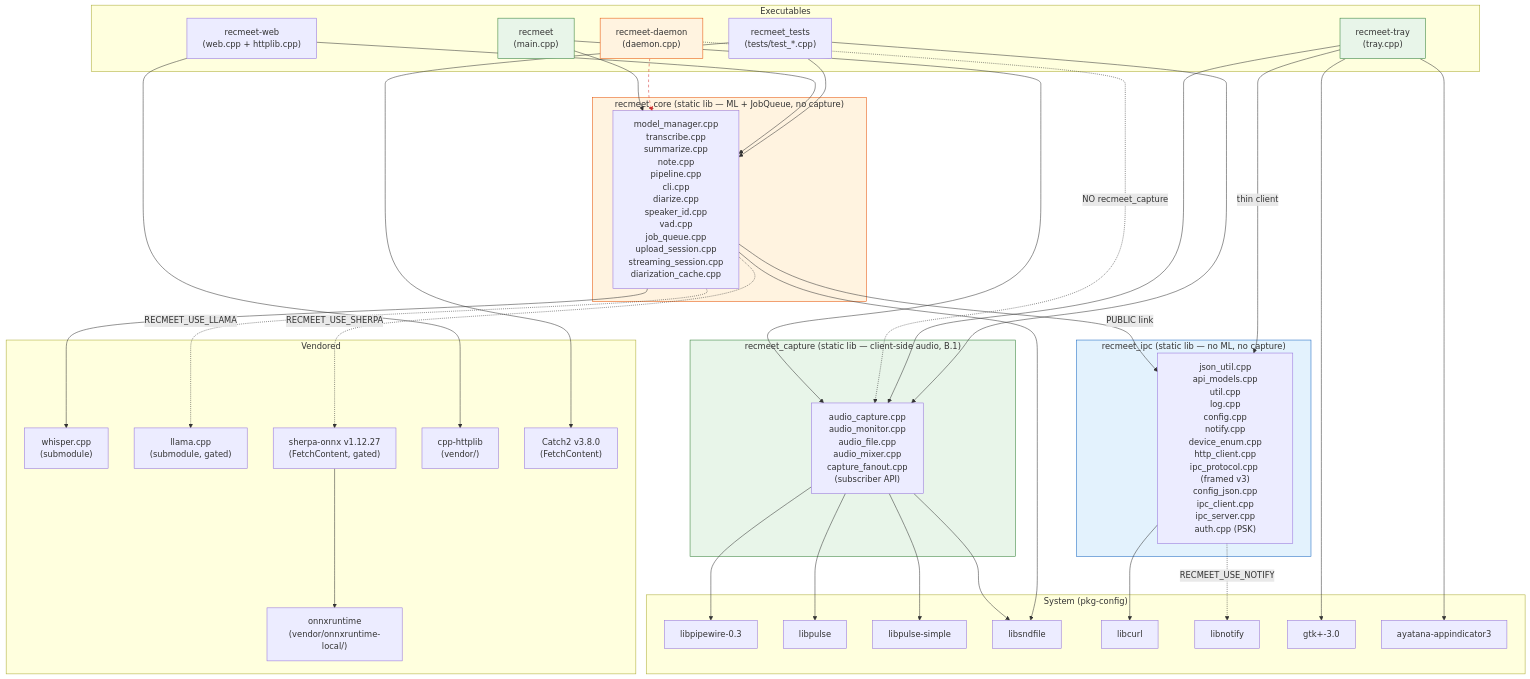
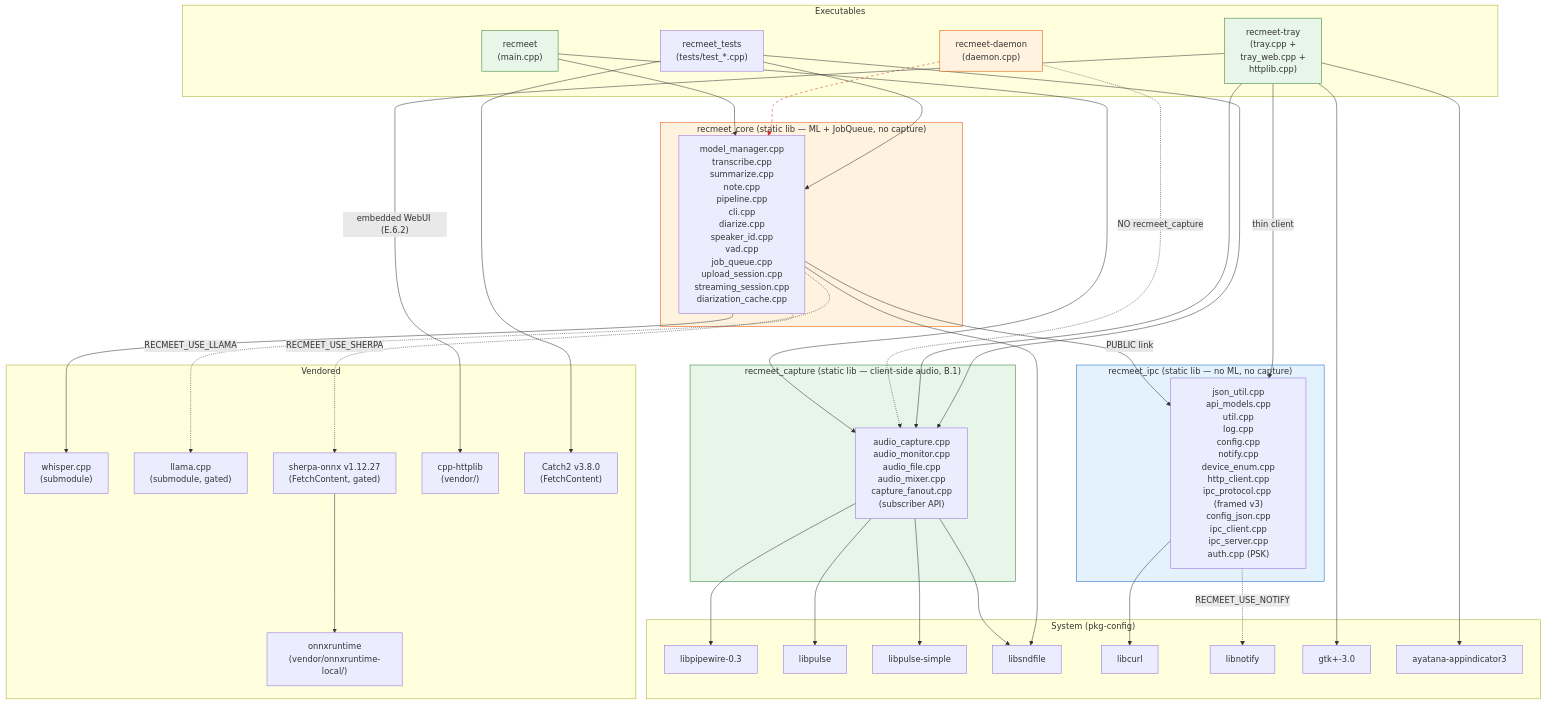
The second of 34 diagrams in docs/COMPONENT-DIAGRAMS.md (suykerbuyk/recmeet), drawn with Mermaid before and after one commit. The commit also changed other lines of this file and 19 other files, not shown here.

```diff
--- a/docs/COMPONENT-DIAGRAMS.md
+++ b/docs/COMPONENT-DIAGRAMS.md
@@ -189,8 +188,7 @@
     subgraph BINS ["Executables"]
         BIN_CLI["recmeet<br/>(main.cpp)"]
         BIN_DAEMON["recmeet-daemon<br/>(daemon.cpp)"]
-        BIN_WEB["recmeet-web<br/>(web.cpp + httplib.cpp)"]
-        BIN_TRAY["recmeet-tray<br/>(tray.cpp)"]
+        BIN_TRAY["recmeet-tray<br/>(tray.cpp +<br/>tray_web.cpp +<br/>httplib.cpp)"]
         BIN_TEST["recmeet_tests<br/>(tests/test_*.cpp)"]
     end
 
@@ -237,10 +235,9 @@
     BIN_CLI --> CAP_SRC
     BIN_DAEMON --> CORE_SRC
     BIN_DAEMON -.->|"NO recmeet_capture"| CAP_SRC
-    BIN_WEB --> CORE_SRC
-    BIN_WEB --> V_HTTPLIB
     BIN_TRAY -->|"thin client"| IPC_SRC
     BIN_TRAY --> CAP_SRC
+    BIN_TRAY -->|"embedded WebUI (E.6.2)"| V_HTTPLIB
     BIN_TRAY --> SYS_GTK
     BIN_TRAY --> SYS_AI
     BIN_TEST --> CORE_SRC
```
